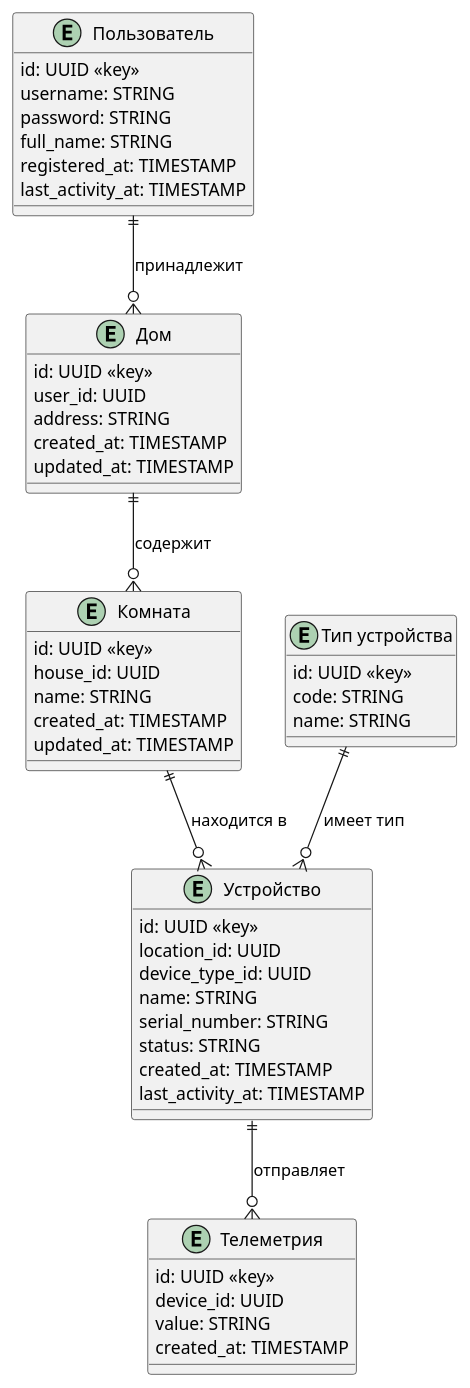
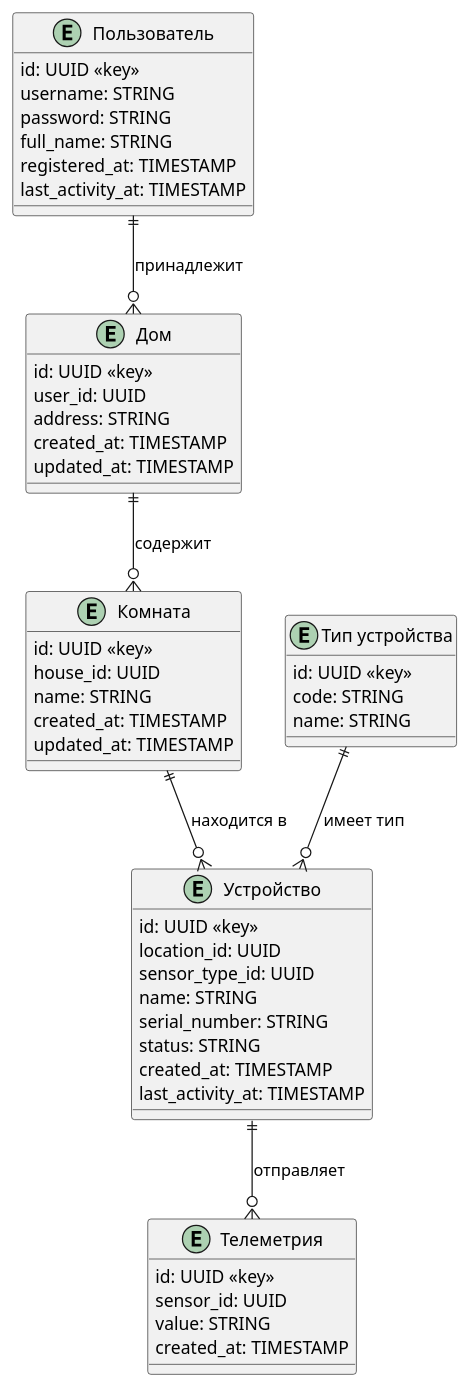
Before and after one commit to AlexDmitriev/architecture-pro-warmhouse: the diagram in diagrams/src/er/relations.wsd, drawn with PlantUML. The commit also changed 14 other files, not shown here.

Commit message:
Спринт 1: Переименовал device в sensor

```diff
--- a/diagrams/src/er/relations.wsd
+++ b/diagrams/src/er/relations.wsd
@@ -1,58 +1,58 @@
 @startuml
 
 entity User as "Пользователь" {
   id: UUID <<key>>
   username: STRING
   password: STRING
   full_name: STRING
   registered_at: TIMESTAMP
   last_activity_at: TIMESTAMP
 }
 
 entity House as "Дом" {
   id: UUID <<key>>
   user_id: UUID
   address: STRING
   created_at: TIMESTAMP
   updated_at: TIMESTAMP 
 }
 
 entity Location as "Комната" {
   id: UUID <<key>>
   house_id: UUID
   name: STRING
   created_at: TIMESTAMP
   updated_at: TIMESTAMP 
 }
 
-entity DeviceType as "Тип устройства" {
+entity SensorType as "Тип устройства" {
   id: UUID <<key>>
   code: STRING
   name: STRING 
 }
 
-entity Device as "Устройство" {
+entity Sensor as "Устройство" {
   id: UUID <<key>>
   location_id: UUID 
-  device_type_id: UUID
+  sensor_type_id: UUID
   name: STRING 
   serial_number: STRING
   status: STRING
   created_at: TIMESTAMP
   last_activity_at: TIMESTAMP 
 }
 
 entity TelemetryData as "Телеметрия" {
   id: UUID <<key>>
-  device_id: UUID 
+  sensor_id: UUID
   value: STRING
   created_at: TIMESTAMP
 }
 
 User ||--o{ House : "принадлежит"
 House ||--o{ Location : "содержит"
-Location ||--o{ Device : "находится в"
-DeviceType ||--o{ Device : "имеет тип" 
-Device ||--o{ TelemetryData : "отправляет"
+Location ||--o{ Sensor : "находится в"
+SensorType ||--o{ Sensor : "имеет тип"
+Sensor ||--o{ TelemetryData : "отправляет"
 
 @enduml
```
